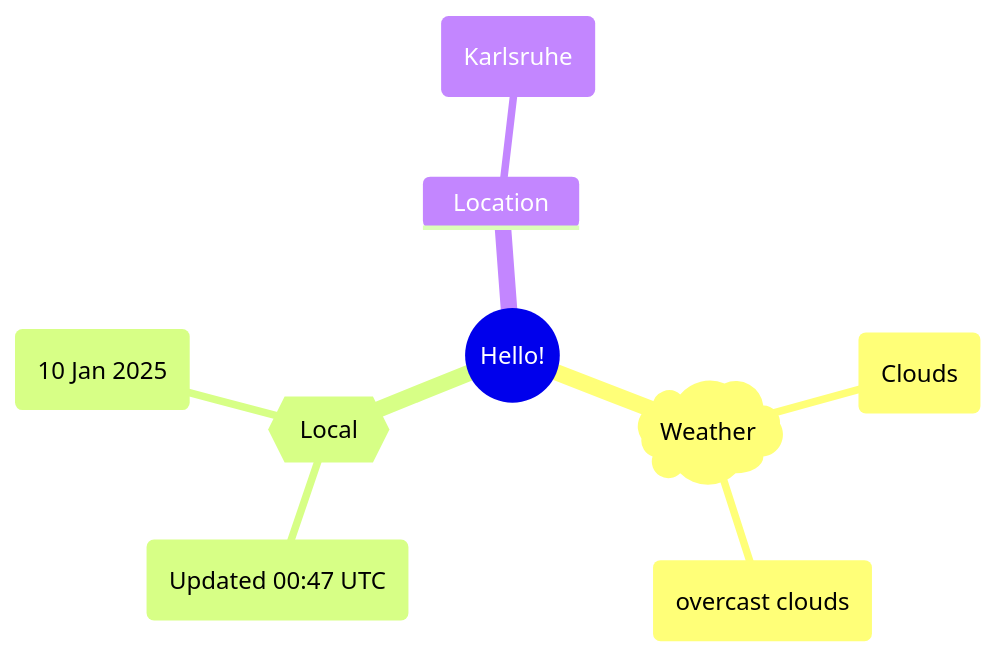
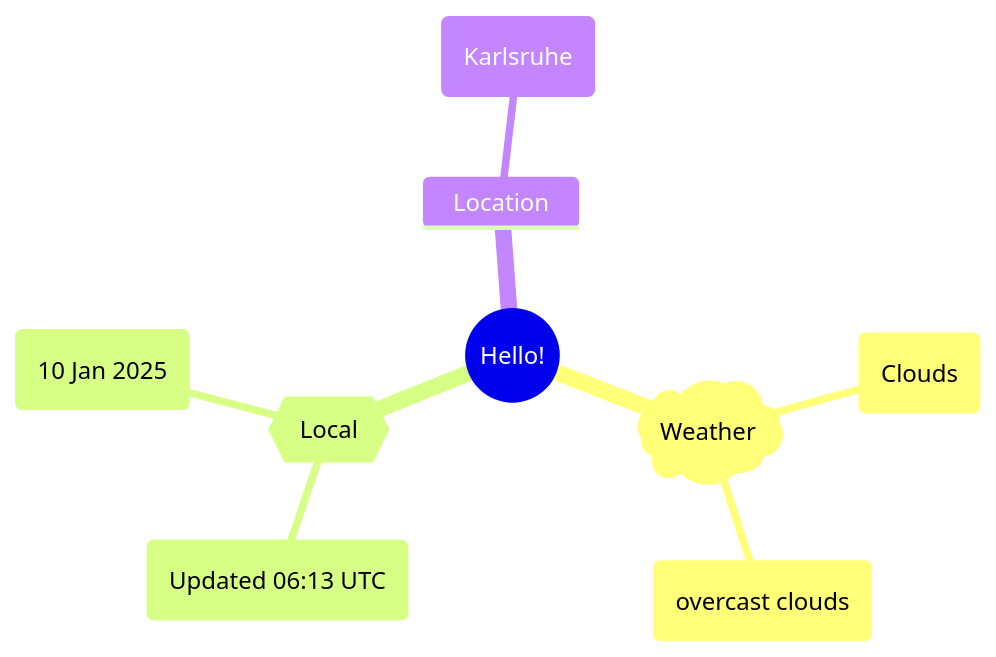
One commit to Xosrov/Xosrov changed the first of 2 diagrams in README.md. Above: the diagram before and after it, drawn with Mermaid.

Commit message:
[bot] updated images

````diff
--- a/README.md
+++ b/README.md
@@ -3,12 +3,12 @@
 ```mermaid
 mindmap
   root((Hello!))
     )Weather(
         (Clouds)
         (overcast clouds)
     {{Local}}
-        (Updated 00:47 UTC)
+        (Updated 06:13 UTC)
         (10 Jan 2025)
     Location
         (Karlsruhe)
 ```
````
